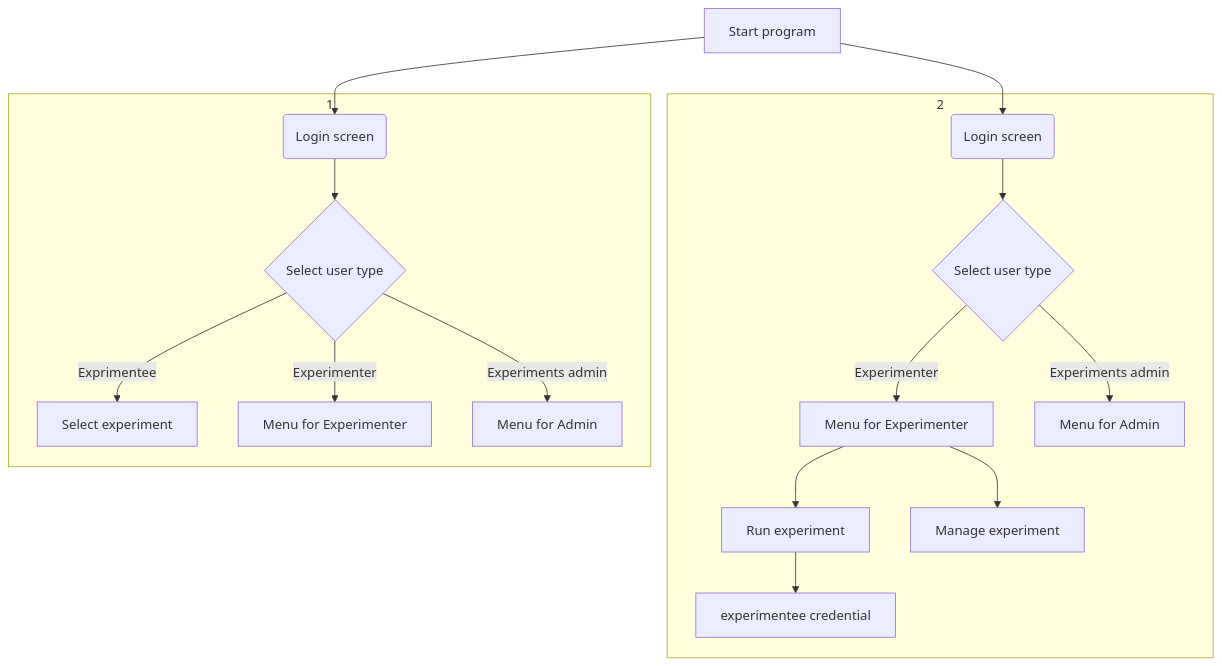
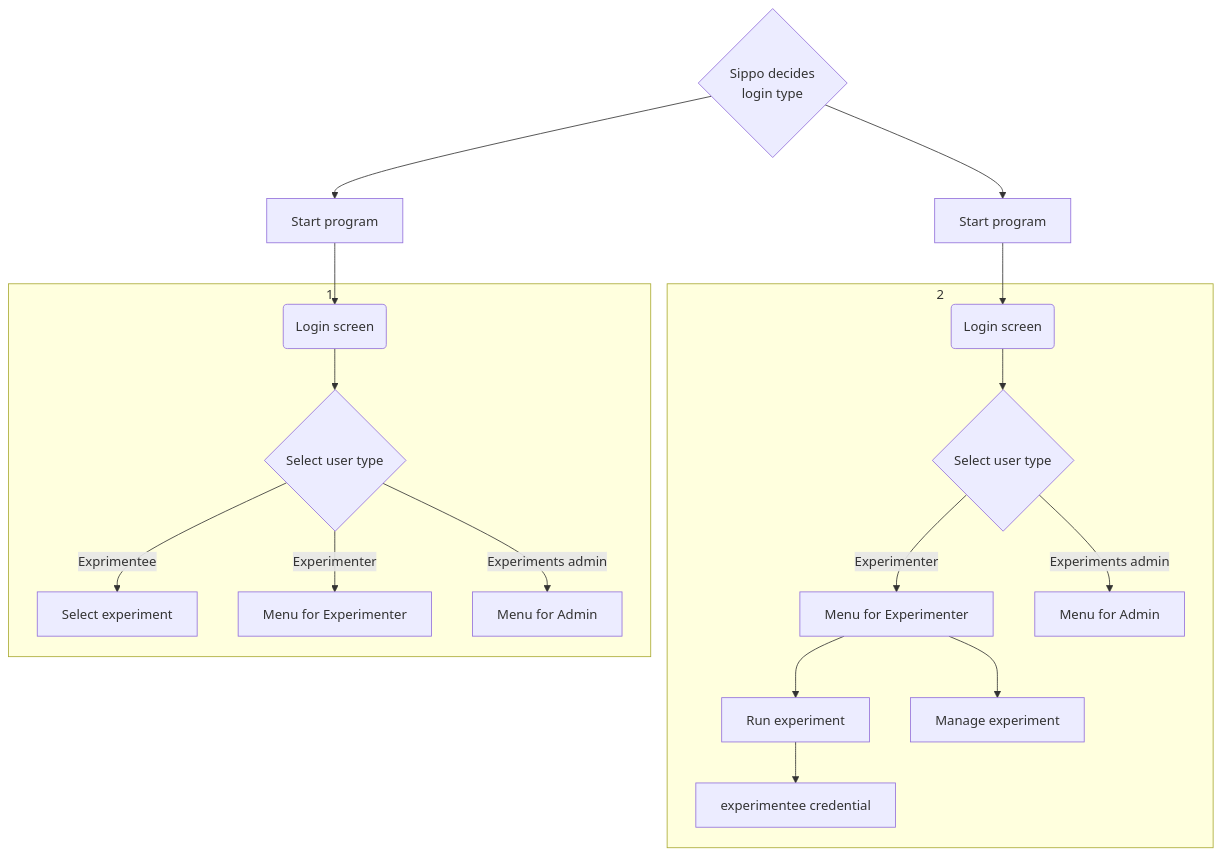
Before and after one commit to jonasreholt/SEA: the diagram in UML/activity_diagrams/fc_login_version1 copy.md, drawn with Mermaid.

Commit message:
changed the merged version, to include a Sippos choice

````diff
--- a/UML/activity_diagrams/fc_login_version1 copy.md
+++ b/UML/activity_diagrams/fc_login_version1 copy.md
@@ -2,21 +2,23 @@
 ```mermaid
 flowchart TD
-    A[Start program] --> B
+    A0{Sippo decides\n login type} --> A1
+    A0 --> A2
+    A1[Start program] --> B
+    A2[Start program] --> B2(Login screen)
     subgraph 1
     B(Login screen)
     B --> C{Select user type}
     C -->|Exprimentee| D[Select experiment]
     C -->|Experimenter| E[Menu for Experimenter]
     C -->|Experiments admin| F[Menu for Admin]
     end
-    A[Start program] --> B2(Login screen)
     subgraph 2
     B2 --> C2{Select user type}
     C2 -->|Experimenter| E2[Menu for Experimenter]
     C2 -->|Experiments admin| F2[Menu for Admin]
     E2 --> E11[Run experiment]
     E2 --> E12[Manage experiment]
     E11 --> E13[experimentee credential] 
 
     end
 ```
````
